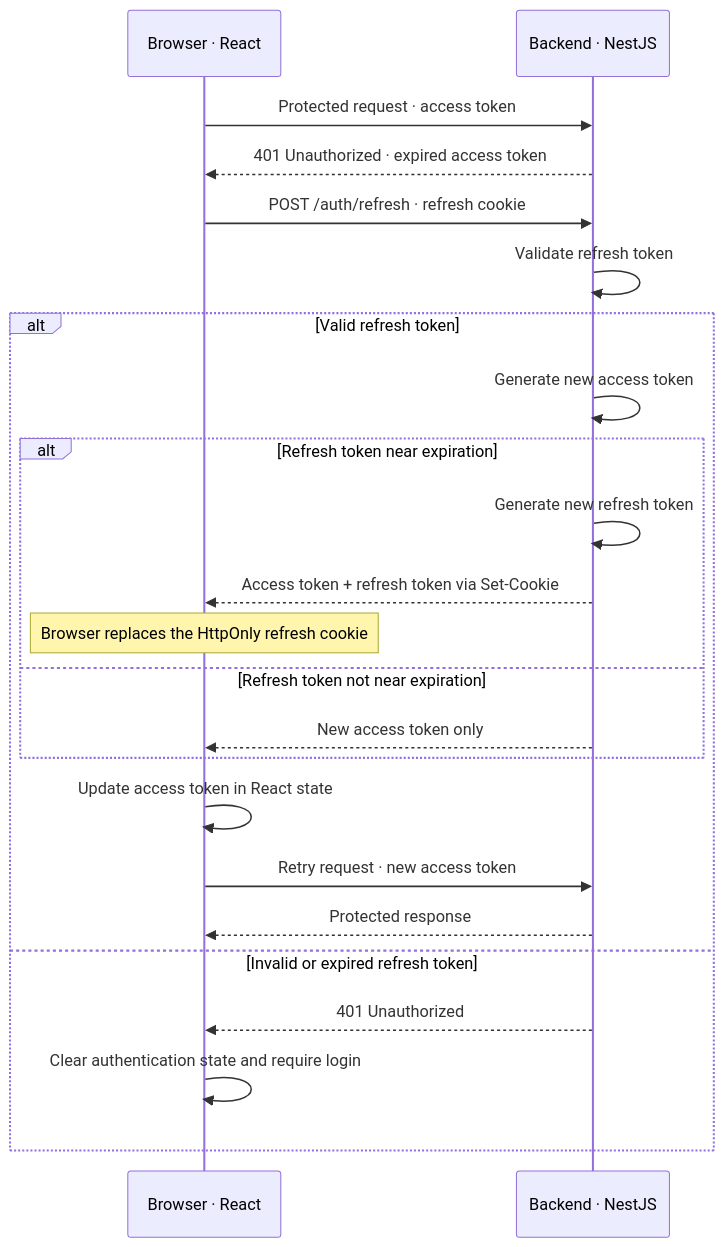
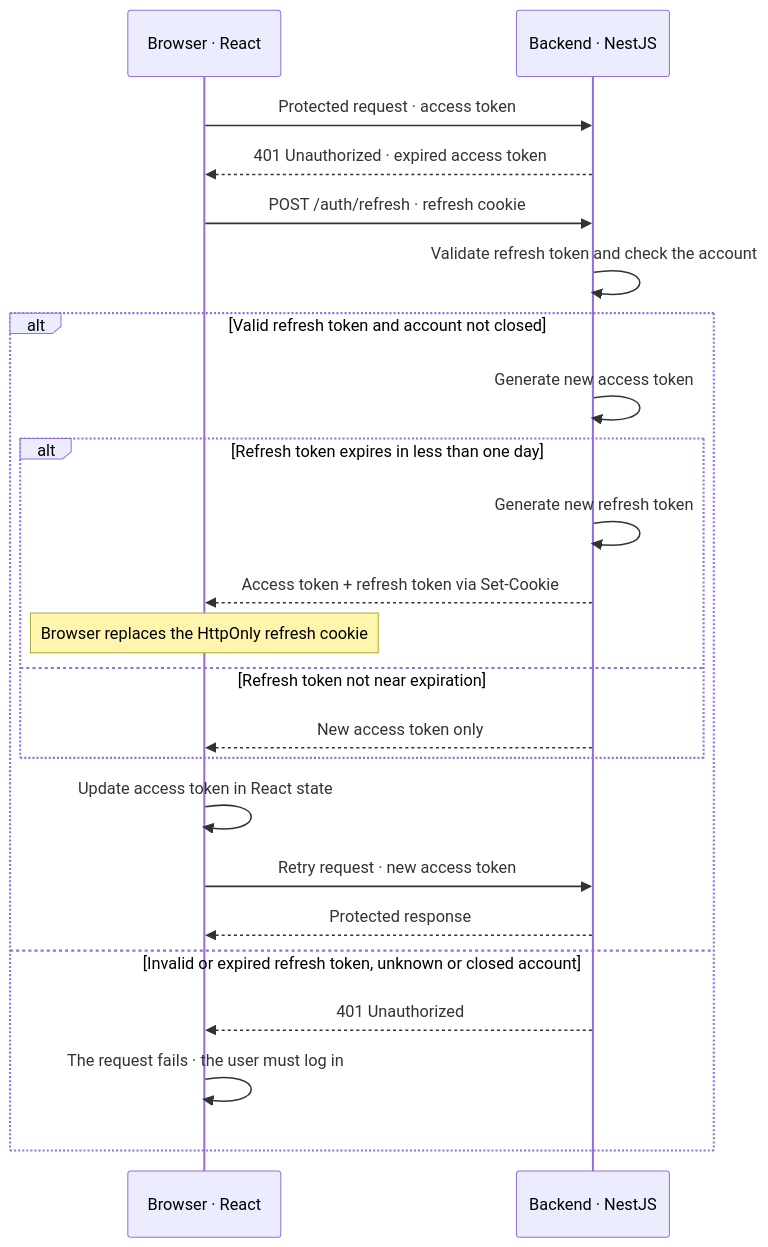
One commit to gorlamies/salici changed the second of 3 diagrams in docs/authentication.md. Above: the diagram before and after it, drawn with Mermaid. The commit also changed other lines of this file and 7 other files, not shown here.

````diff
--- a/docs/authentication.md
+++ b/docs/authentication.md
@@ -48,29 +64,29 @@
 ```mermaid
 sequenceDiagram
     participant Browser as Browser · React
     participant Backend as Backend · NestJS
 
     Browser->>Backend: Protected request · access token
     Backend-->>Browser: 401 Unauthorized · expired access token
     Browser->>Backend: POST /auth/refresh · refresh cookie
-    Backend->>Backend: Validate refresh token
+    Backend->>Backend: Validate refresh token and check the account
 
-    alt Valid refresh token
+    alt Valid refresh token and account not closed
         Backend->>Backend: Generate new access token
 
-        alt Refresh token near expiration
+        alt Refresh token expires in less than one day
             Backend->>Backend: Generate new refresh token
             Backend-->>Browser: Access token + refresh token via Set-Cookie
             Note over Browser: Browser replaces the HttpOnly refresh cookie
         else Refresh token not near expiration
             Backend-->>Browser: New access token only
         end
 
         Browser->>Browser: Update access token in React state
         Browser->>Backend: Retry request · new access token
         Backend-->>Browser: Protected response
-    else Invalid or expired refresh token
+    else Invalid or expired refresh token, unknown or closed account
         Backend-->>Browser: 401 Unauthorized
-        Browser->>Browser: Clear authentication state and require login
+        Browser->>Browser: The request fails · the user must log in
     end
 ```
````
